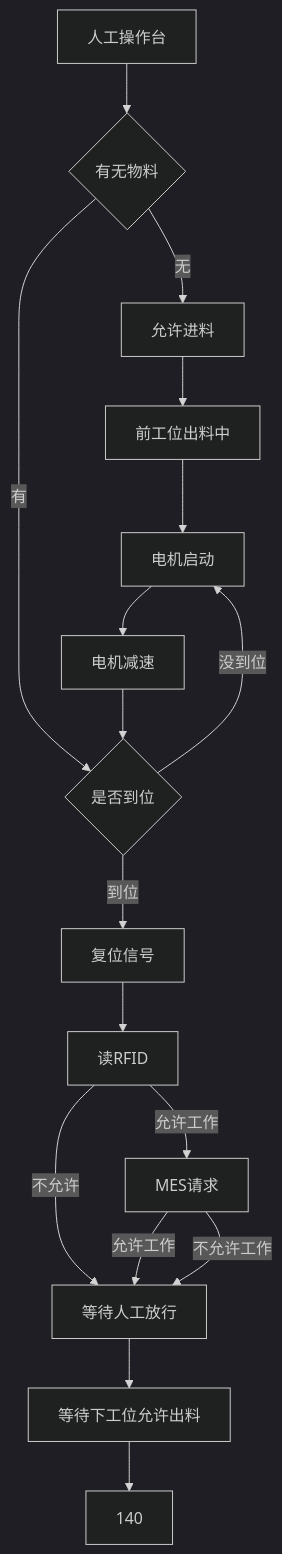
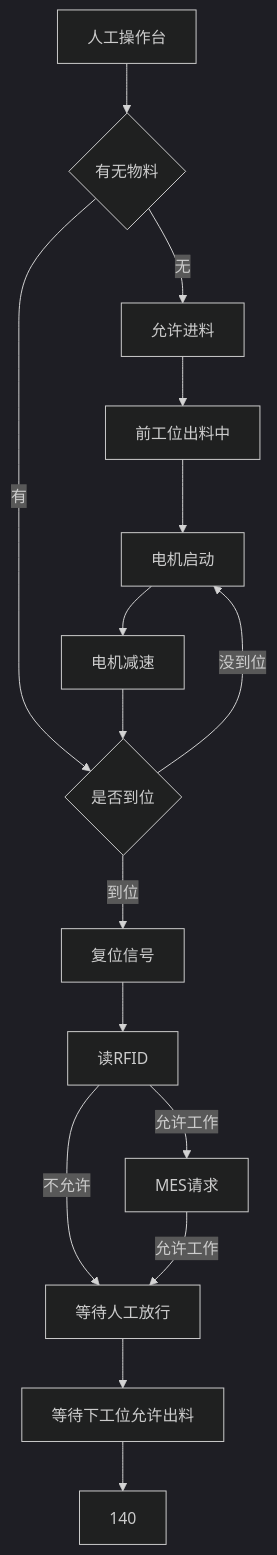
The diagram in all/未命名-4.md (PengKun1/iodraw-files), drawn with Mermaid (dark theme) before and after one commit.

Commit message:
2024-12-20 14:53:13 update

````diff
--- a/all/未命名-4.md
+++ b/all/未命名-4.md
@@ -1,19 +1,19 @@
 ```mermaid
 graph TD
 0[人工操作台]-->10
 10{有无物料}-->|无|20
 10-->|有|60
 20[允许进料]-->30
 30[前工位出料中]-->40
 40[电机启动]-->50
 50[电机减速]-->60
 60{是否到位}-->|到位|70
 60-->|没到位|40
 70[复位信号]-->80
 80[读RFID]-->|允许工作|90
 80-->|不允许|120
 90[MES请求]-->|允许工作|120
-90-->|不允许工作|120
+
 120[等待人工放行]-->130
 130[等待下工位允许出料]-->140
 ```
````
